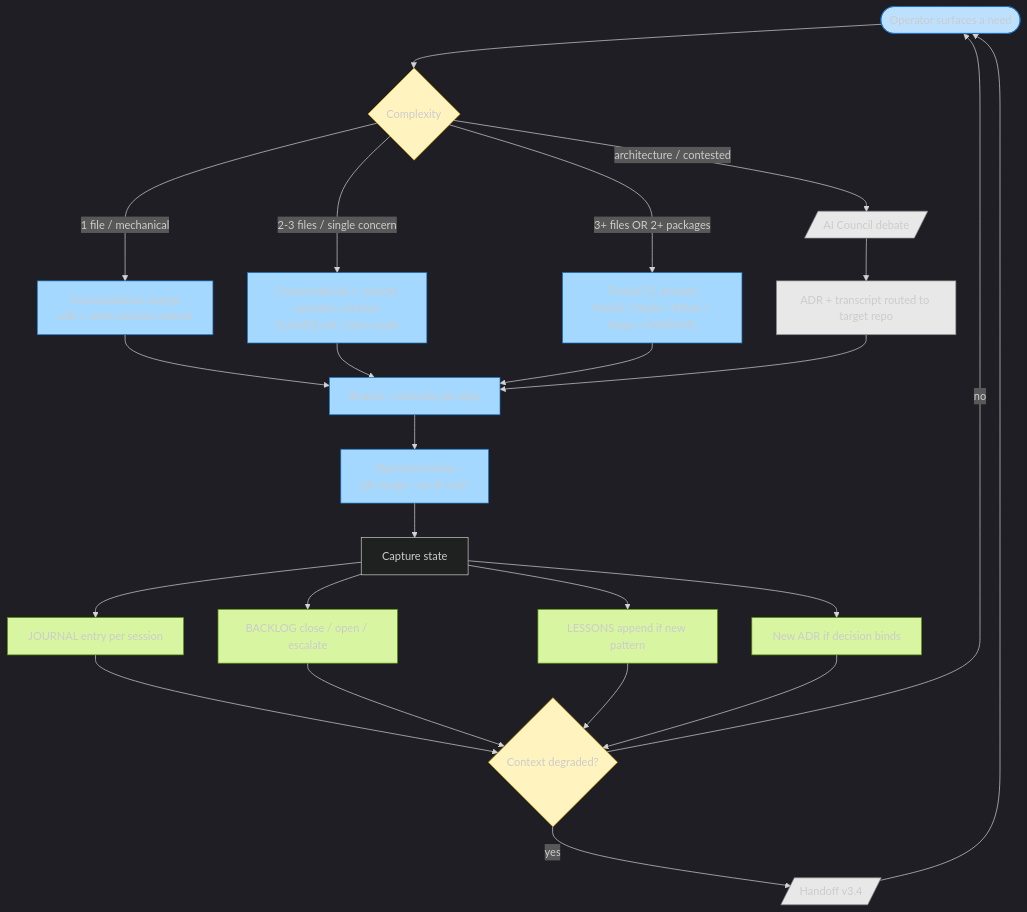
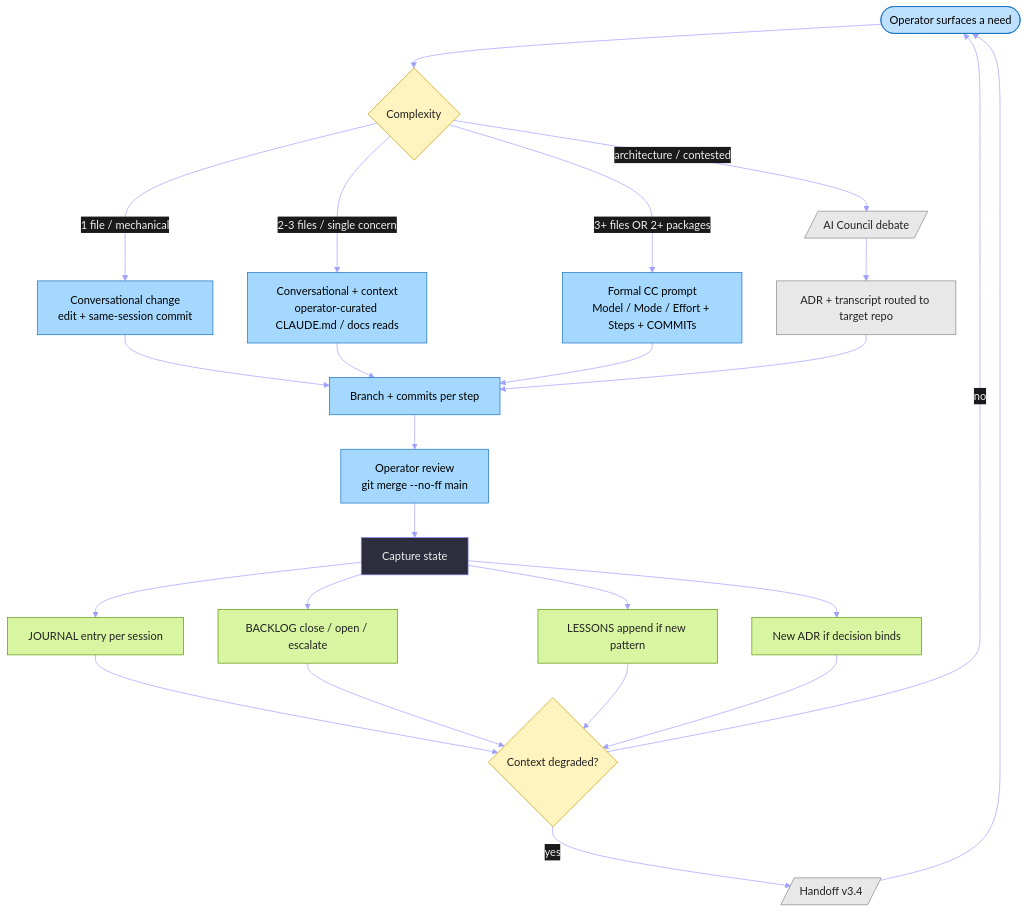
One commit to rdwornik/dev-knowledge changed the fourth of 6 diagrams in ARCHITECTURE.md. Above: the diagram before and after it, drawn with Mermaid. The commit also changed other lines of this file and 2 other files, not shown here.

First line of the commit message:
fix(architecture): high-contrast mermaid theme + explicit color overrides

````diff
--- a/ARCHITECTURE.md
+++ b/ARCHITECTURE.md
@@ -164,45 +164,45 @@
 ```mermaid
-%%{init: {'theme':'dark'}}%%
+%%{init: {'theme':'base', 'themeVariables': {'darkMode':true,'background':'#1a1a1a','primaryColor':'#2d2d3d','primaryTextColor':'#f0f0f0','primaryBorderColor':'#8a86ff','lineColor':'#a0a0ff','textColor':'#f0f0f0','mainBkg':'#2d2d3d','secondaryColor':'#3d2d3d','tertiaryColor':'#22323a','clusterBkg':'#222232','clusterBorder':'#555577','edgeLabelBackground':'#1a1a1a','titleColor':'#f0f0f0','nodeBorder':'#8a86ff'}}}%%
 flowchart TD
     need([Operator surfaces a need])
     need --> route{Complexity}
 
     route -- "1 file / mechanical" --> conv[Conversational change<br/>edit + same-session commit]
     route -- "2-3 files / single concern" --> conv_ctx[Conversational + context<br/>operator-curated CLAUDE.md / docs reads]
     route -- "3+ files OR 2+ packages" --> formal[Formal CC prompt<br/>Model / Mode / Effort + Steps + COMMITs]
     route -- "architecture / contested" --> council[/AI Council debate/]
 
     conv --> exec[Branch + commits per step]
     conv_ctx --> exec
     formal --> exec
     council --> adr[ADR + transcript routed to target repo] --> exec
 
     exec --> review[Operator review<br/>git merge --no-ff main]
     review --> capture[Capture state]
 
     capture --> journal[JOURNAL entry per session]
     capture --> backlog[BACKLOG close / open / escalate]
     capture --> lessons[LESSONS append if new pattern]
     capture --> adr2[New ADR if decision binds]
 
     journal --> degrade{Context degraded?}
     backlog --> degrade
     lessons --> degrade
     adr2 --> degrade
 
     degrade -- "no" --> need
     degrade -- "yes" --> handoff[/Handoff v3.4/]
     handoff --> need
 
-    classDef start fill:#bde0fe,stroke:#1971c2
-    classDef decide fill:#fff3bf,stroke:#c79e00
-    classDef exec_ fill:#a5d8ff,stroke:#1971c2
-    classDef cap fill:#d8f5a2,stroke:#5c940d
-    classDef sub fill:#e8e8e8,stroke:#888
+    classDef start fill:#bde0fe,stroke:#1971c2,color:#000
+    classDef decide fill:#fff3bf,stroke:#c79e00,color:#222
+    classDef exec_ fill:#a5d8ff,stroke:#1971c2,color:#000
+    classDef cap fill:#d8f5a2,stroke:#5c940d,color:#222
+    classDef sub fill:#e8e8e8,stroke:#888,color:#222
 
     class need start
     class route,degrade decide
     class conv,conv_ctx,formal,exec,review exec_
     class journal,backlog,lessons,adr2 cap
     class council,handoff,adr sub
 ```
````
